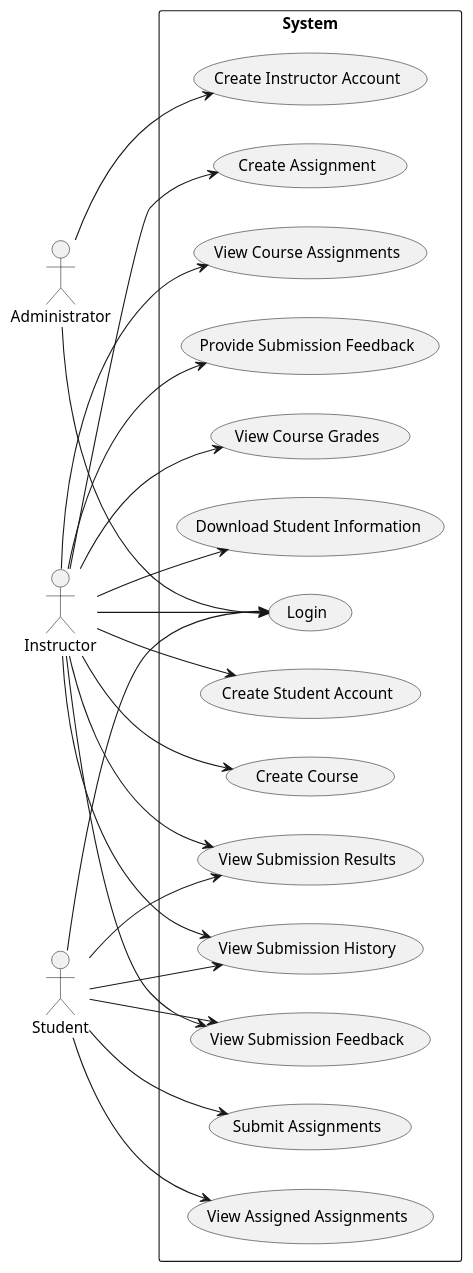
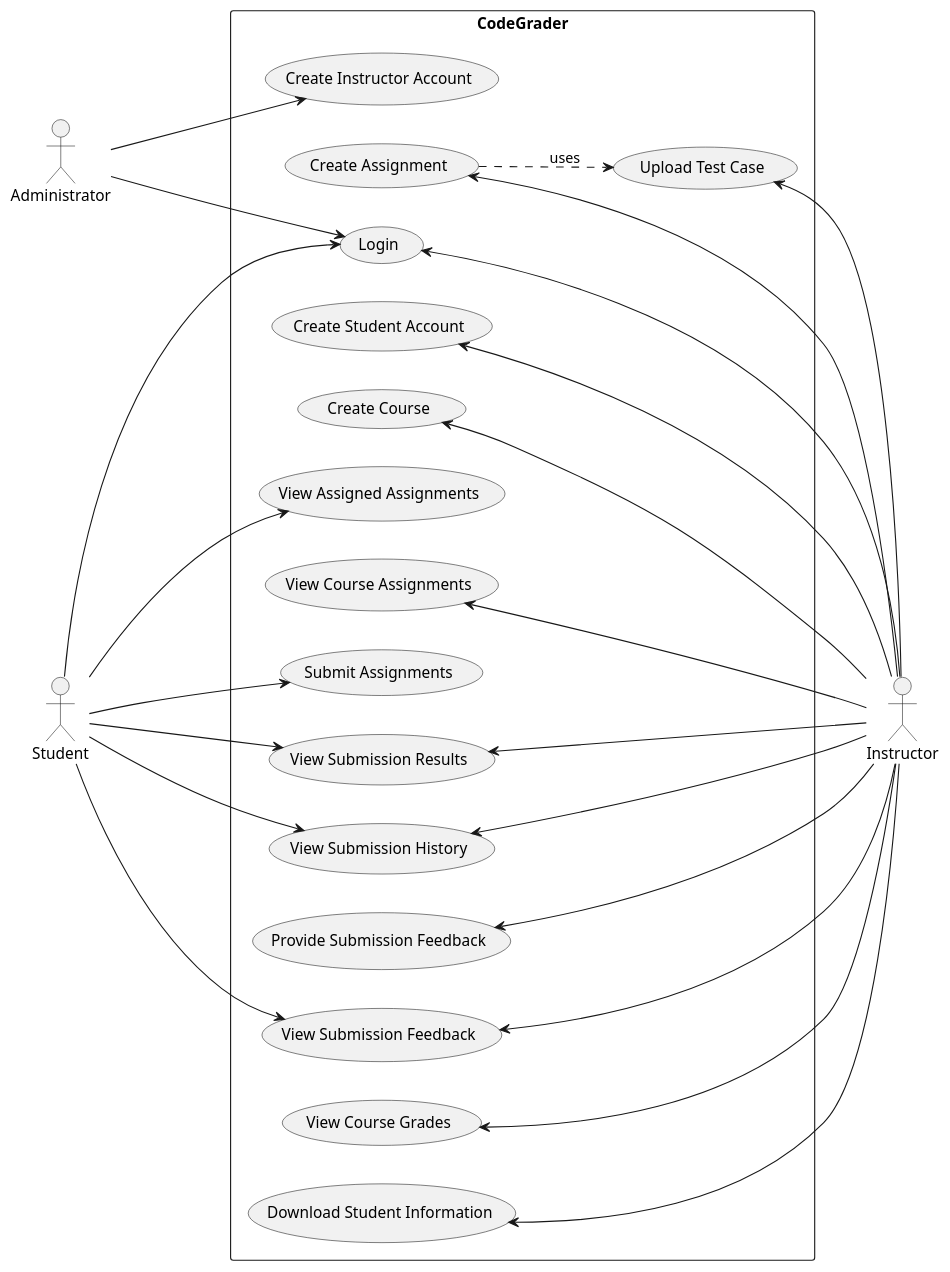
Before and after one commit to LittleTealeaf/SER-340-Project: the diagram in docs/srs/diagrams.puml, drawn with PlantUML.

Commit message:
minor changes

```diff
--- a/docs/srs/diagrams.puml
+++ b/docs/srs/diagrams.puml
@@ -1,49 +1,53 @@
 @startuml Use Case Diagram
 skinparam packageStyle rectangle
 left to right direction
 
 :Administrator:
 :Instructor:
 :Student:
 
 
-rectangle System {
+rectangle CodeGrader {
 
   (Login)
   (Create Instructor Account)
   (Create Student Account)
   (Create Course)
   (Create Assignment)
   (View Assigned Assignments)
   (View Course Assignments)
   (Submit Assignments)
   (View Submission Results)
   (View Submission History)
   (Provide Submission Feedback)
   (View Submission Feedback)
   (View Course Grades)
   (Download Student Information)
+  (Upload Test Case)
+
+  (Create Assignment) ..> (Upload Test Case) : uses
 }
-Administrator --> (Login)
-Administrator --> (Create Instructor Account)
-Instructor --> (Login)
-Instructor --> (Create Student Account)
-Instructor --> (Create Course)
-Instructor --> (Create Assignment)
-Instructor --> (View Submission Results)
-Instructor --> (View Submission History)
-Instructor --> (View Course Assignments)
-Instructor --> (View Submission Feedback)
-Instructor --> (Provide Submission Feedback)
-Instructor --> (View Course Grades)
-Instructor --> (Download Student Information)
-Student --> (Login)
-Student --> (View Submission History)
-Student --> (View Submission Results)
-Student --> (Submit Assignments)
-Student --> (View Submission Feedback)
-Student --> (View Assigned Assignments)
+Administrator ---> (Login)
+Administrator ---> (Create Instructor Account)
+(Login) <--- Instructor
+(Create Student Account) <--- Instructor
+(Create Course) <--- Instructor
+(Create Assignment) <--- Instructor
+(View Submission Results) <--- Instructor
+(View Submission History) <--- Instructor
+(View Course Assignments) <--- Instructor
+(View Submission Feedback) <--- Instructor
+(Provide Submission Feedback) <--- Instructor
+(View Course Grades) <--- Instructor
+(Download Student Information) <--- Instructor
+(Upload Test Case) <--- Instructor
+Student ---> (Login)
+Student ---> (View Submission History)
+Student ---> (View Submission Results)
+Student ---> (Submit Assignments)
+Student ---> (View Submission Feedback)
+Student ---> (View Assigned Assignments)
 
 
 
 @enduml
```
